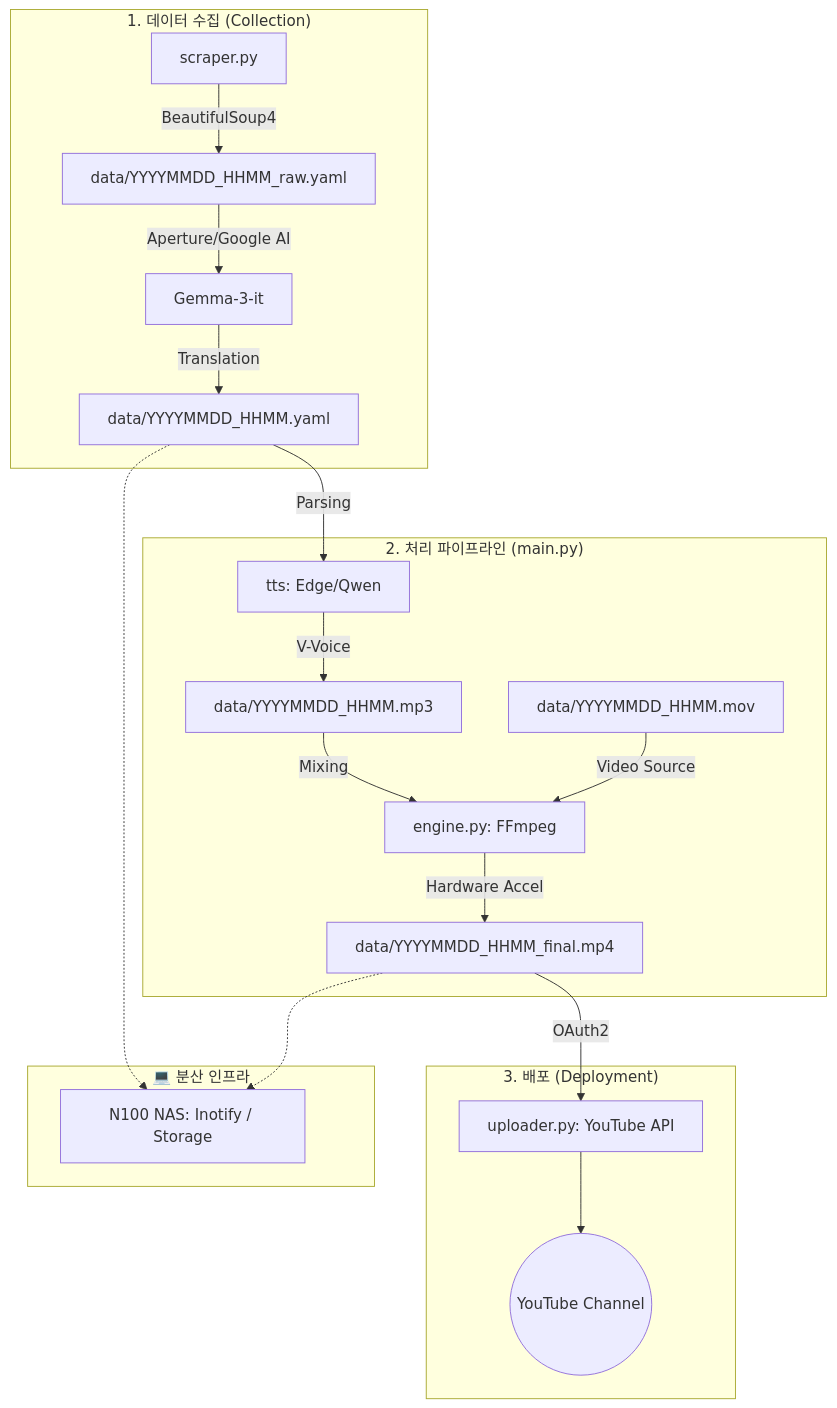
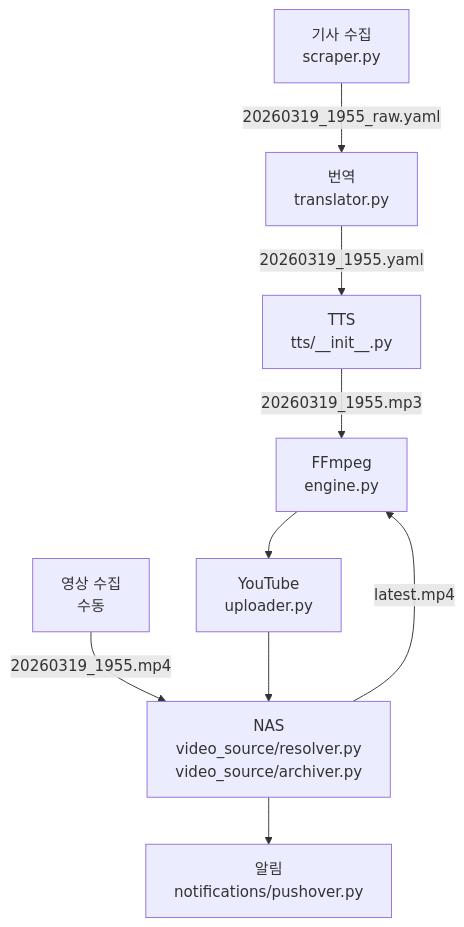
Before and after one commit to deuxksy/today-vn-news: the diagram in README.md, drawn with Mermaid. The commit also changed other lines of this file, not shown here.

First line of the commit message:
docs: README 파이프라인 구조 및 설명 개선

````diff
--- a/README.md
+++ b/README.md
@@ -15,30 +8,13 @@
 ```mermaid
 graph TD
-    subgraph "1. 데이터 수집 (Collection)"
-        S[scraper.py] -->|BeautifulSoup4| RAW[data/YYYYMMDD_HHMM_raw.yaml]
-        RAW -->|Aperture/Google AI| G[Gemma-3-it]
-        G -->|Translation| YAML[data/YYYYMMDD_HHMM.yaml]
-    end
+    SCRAPE[기사 수집<br/>scraper.py] -->|20260319_1955_raw.yaml| TRANSLATE[번역<br/>translator.py]
+    TRANSLATE -->|20260319_1955.yaml| TTS[TTS<br/>tts/__init__.py]
+    TTS -->|20260319_1955.mp3| FFMPEG[FFmpeg<br/>engine.py]
 
-    subgraph "2. 처리 파이프라인 (main.py)"
-        YAML -->|Parsing| TTS[tts: Edge/Qwen]
-        TTS -->|V-Voice| MP3[data/YYYYMMDD_HHMM.mp3]
+    VIDEO[영상 수집<br/>수동] -->|20260319_1955.mp4| NAS[NAS<br/>video_source/resolver.py<br/>video_source/archiver.py]
+    NAS -->|latest.mp4| FFMPEG
 
-        MP3 -->|Mixing| Engine[engine.py: FFmpeg]
-        MOV[data/YYYYMMDD_HHMM.mov] -->|Video Source| Engine
-
-        Engine -->|Hardware Accel| Final[data/YYYYMMDD_HHMM_final.mp4]
-    end
-
-    subgraph "3. 배포 (Deployment)"
-        Final -->|OAuth2| UP[uploader.py: YouTube API]
-        UP --> YT((YouTube Channel))
-    end
-
-    subgraph "💻 분산 인프라"
-        NAS[N100 NAS: Inotify / Storage]
-    end
-
-    YAML -.-> NAS
-    Final -.-> NAS
+    FFMPEG --> YOUTUBE[YouTube<br/>uploader.py]
+    YOUTUBE --> NAS
+    NAS --> ALERT[알림<br/>notifications/pushover.py]
 ```
````
